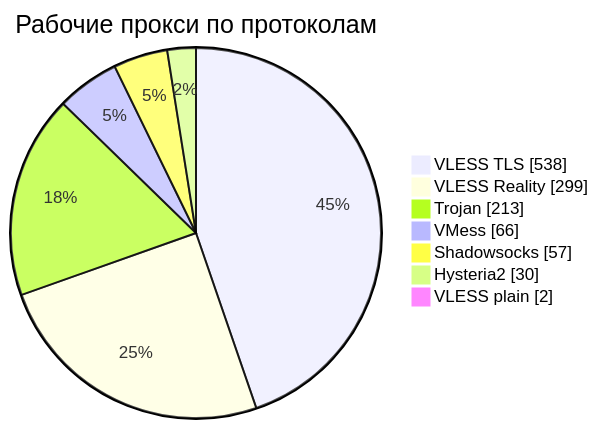
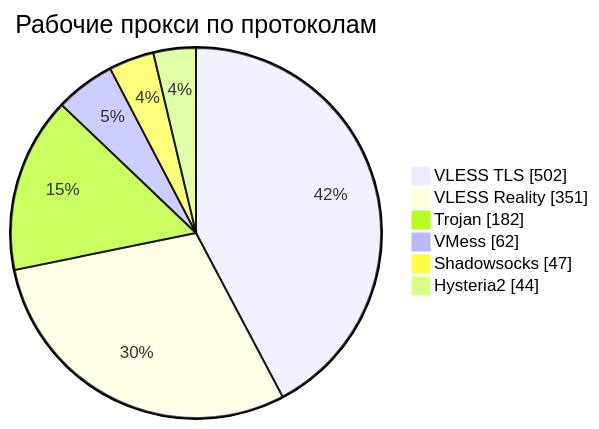
Before and after one commit to rvvg/proxy-subs: the third of 4 diagrams in README.md, drawn with Mermaid. The commit also changed other lines of this file and 50 other files, not shown here.

````diff
--- a/README.md
+++ b/README.md
@@ -135,11 +141,10 @@
 ```mermaid
 pie showData
     title Рабочие прокси по протоколам
-    "VLESS TLS" : 538
-    "VLESS Reality" : 299
-    "Trojan" : 213
-    "VMess" : 66
-    "Shadowsocks" : 57
-    "Hysteria2" : 30
-    "VLESS plain" : 2
+    "VLESS TLS" : 502
+    "VLESS Reality" : 351
+    "Trojan" : 182
+    "VMess" : 62
+    "Shadowsocks" : 47
+    "Hysteria2" : 44
 ```
````
